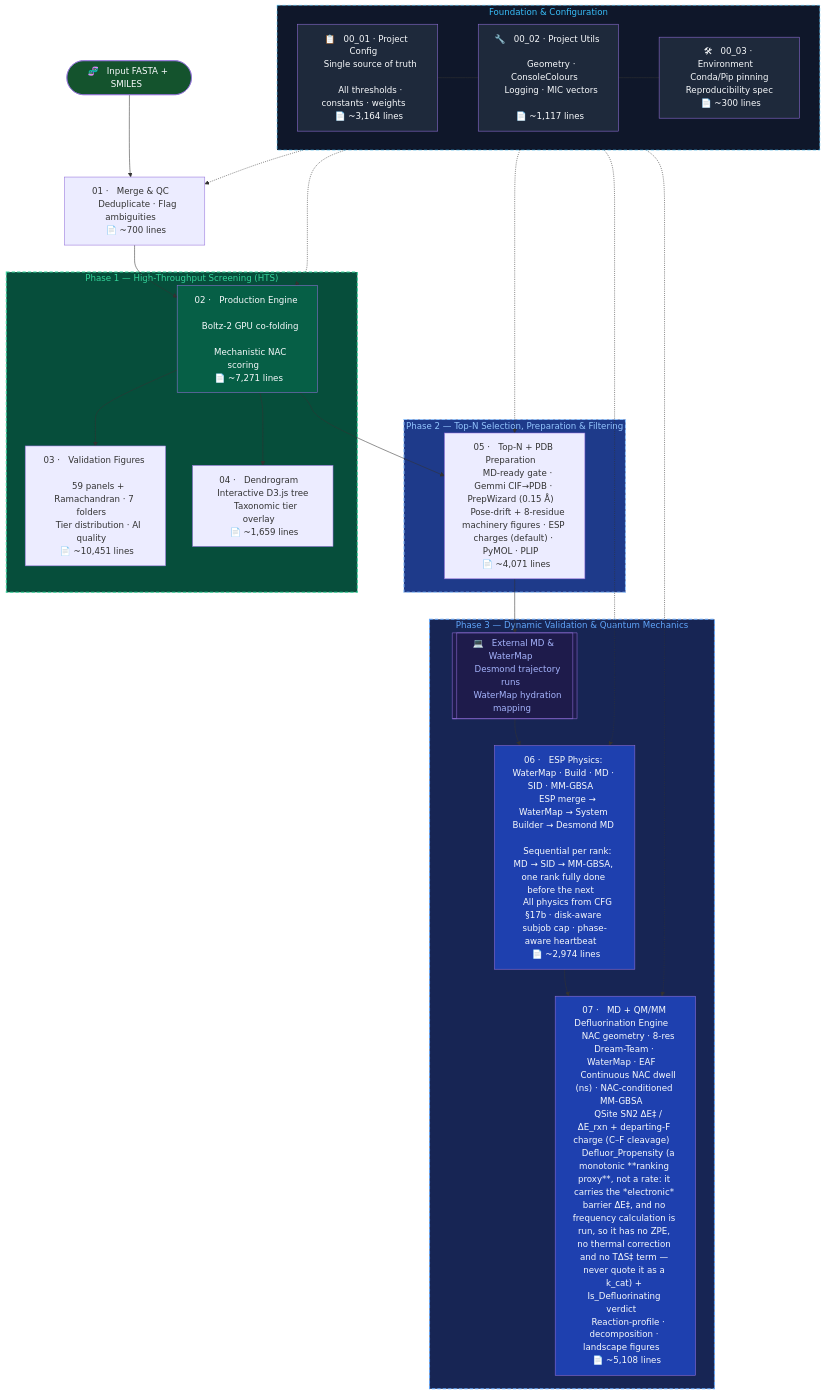
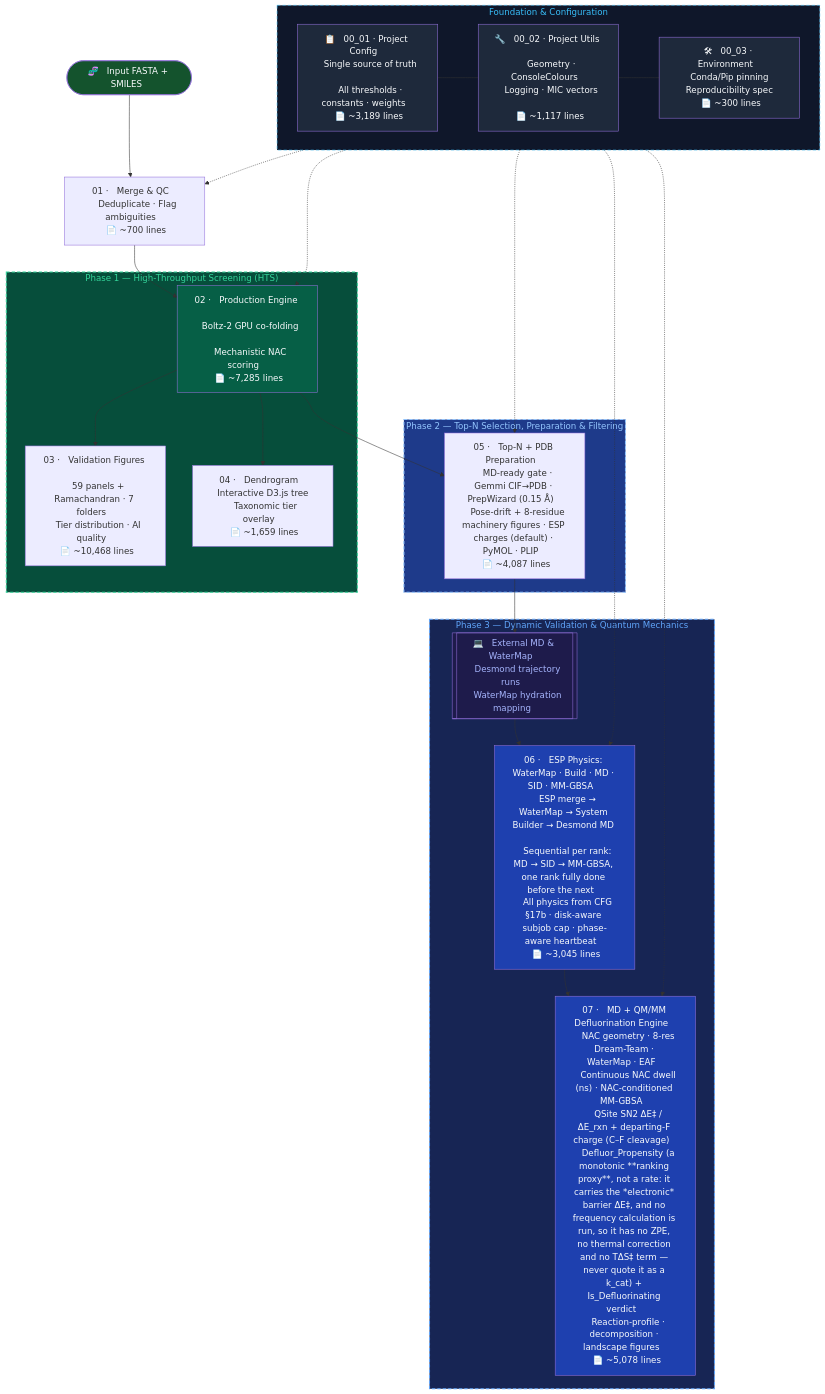
Before and after one commit to KU-MGB/DeFluorX: the diagram in README.md, drawn with Mermaid. The commit also changed other lines of this file, not shown here.

First line of the commit message:
docs: README refresh — Mermaid LOC, real MM-GBSA filename, QSITE_PROCS=10, no step 08, date

````diff
--- a/README.md
+++ b/README.md
@@ -190,56 +190,56 @@
 ```mermaid
 flowchart TD
     subgraph FOUNDATION["  Foundation & Configuration  "]
-        CFG["📋 &nbsp; 00_01 · Project Config &nbsp; \n &nbsp; Single source of truth &nbsp; \n &nbsp; All thresholds · constants · weights &nbsp; \n &nbsp; 📄 ~3,164 lines &nbsp; "]
+        CFG["📋 &nbsp; 00_01 · Project Config &nbsp; \n &nbsp; Single source of truth &nbsp; \n &nbsp; All thresholds · constants · weights &nbsp; \n &nbsp; 📄 ~3,189 lines &nbsp; "]
         UTL["🔧 &nbsp; 00_02 · Project Utils &nbsp; \n &nbsp; Geometry · ConsoleColours &nbsp; \n &nbsp; Logging · MIC vectors &nbsp; \n &nbsp; 📄 ~1,117 lines &nbsp; "]
         ENV["🛠 &nbsp; 00_03 · Environment &nbsp; \n &nbsp; Conda/Pip pinning &nbsp; \n &nbsp; Reproducibility spec &nbsp; \n &nbsp; 📄 ~300 lines &nbsp; "]
         CFG --- UTL --- ENV
     end
 
     START(["🧬 &nbsp; Input FASTA + SMILES &nbsp;"]) --> M1
     M1["01 · &nbsp; Merge & QC &nbsp; \n &nbsp; Deduplicate · Flag ambiguities &nbsp; \n &nbsp; 📄 ~700 lines &nbsp; "] --> M2
 
     subgraph PHASE1["  Phase 1 — High-Throughput Screening (HTS)  "]
-        M2["02 · &nbsp; Production Engine &nbsp; \n &nbsp; Boltz-2 GPU co-folding &nbsp; \n &nbsp; Mechanistic NAC scoring &nbsp; \n &nbsp; 📄 ~7,271 lines &nbsp; "]
-        M3["03 · &nbsp; Validation Figures &nbsp; \n &nbsp; 59 panels + Ramachandran · 7 folders &nbsp; \n &nbsp; Tier distribution · AI quality &nbsp; \n &nbsp; 📄 ~10,451 lines &nbsp; "]
+        M2["02 · &nbsp; Production Engine &nbsp; \n &nbsp; Boltz-2 GPU co-folding &nbsp; \n &nbsp; Mechanistic NAC scoring &nbsp; \n &nbsp; 📄 ~7,285 lines &nbsp; "]
+        M3["03 · &nbsp; Validation Figures &nbsp; \n &nbsp; 59 panels + Ramachandran · 7 folders &nbsp; \n &nbsp; Tier distribution · AI quality &nbsp; \n &nbsp; 📄 ~10,468 lines &nbsp; "]
         M4["04 · &nbsp; Dendrogram &nbsp; \n &nbsp; Interactive D3.js tree &nbsp; \n &nbsp; Taxonomic tier overlay &nbsp; \n &nbsp; 📄 ~1,659 lines &nbsp; "]
         M2 --> M3
         M2 --> M4
     end
 
     M2 --> M5
 
     subgraph PHASE2["  Phase 2 — Top-N Selection, Preparation & Filtering  "]
-        M5["05 · &nbsp; Top-N + PDB Preparation &nbsp; \n &nbsp; MD-ready gate · Gemmi CIF→PDB · PrepWizard (0.15 Å) &nbsp; \n &nbsp; Pose-drift + 8-residue machinery figures · ESP charges (default) · PyMOL · PLIP &nbsp; \n &nbsp; 📄 ~4,071 lines &nbsp; "]
+        M5["05 · &nbsp; Top-N + PDB Preparation &nbsp; \n &nbsp; MD-ready gate · Gemmi CIF→PDB · PrepWizard (0.15 Å) &nbsp; \n &nbsp; Pose-drift + 8-residue machinery figures · ESP charges (default) · PyMOL · PLIP &nbsp; \n &nbsp; 📄 ~4,087 lines &nbsp; "]
     end
 
     M5 --> EXT_MD
 
     subgraph PHASE3["  Phase 3 — Dynamic Validation & Quantum Mechanics  "]
         EXT_MD[["💻 &nbsp; External MD & WaterMap &nbsp; \n &nbsp; Desmond trajectory runs &nbsp; \n &nbsp; WaterMap hydration mapping &nbsp;"]]
-        M6["06 · &nbsp; ESP Physics: WaterMap · Build · MD · SID · MM-GBSA &nbsp; \n &nbsp; ESP merge → WaterMap → System Builder → Desmond MD &nbsp; \n &nbsp; Sequential per rank: MD → SID → MM-GBSA, one rank fully done before the next &nbsp; \n &nbsp; All physics from CFG §17b · disk-aware subjob cap · phase-aware heartbeat &nbsp; \n &nbsp; 📄 ~2,974 lines &nbsp; "]
-        M7["07 · &nbsp; MD + QM/MM Defluorination Engine &nbsp; \n &nbsp; NAC geometry · 8-res Dream-Team · WaterMap · EAF &nbsp; \n &nbsp; Continuous NAC dwell (ns) · NAC-conditioned MM-GBSA &nbsp; \n &nbsp; QSite SN2 ΔE‡ / ΔE_rxn + departing-F charge (C–F cleavage) &nbsp; \n &nbsp; Defluor_Propensity (a monotonic **ranking proxy**, not a rate: it carries the *electronic* barrier ΔE‡, and no frequency calculation is run, so it has no ZPE, no thermal correction and no TΔS‡ term — never quote it as a k_cat) + Is_Defluorinating verdict &nbsp; \n &nbsp; Reaction-profile · decomposition · landscape figures &nbsp; \n &nbsp; 📄 ~5,108 lines &nbsp; "]
+        M6["06 · &nbsp; ESP Physics: WaterMap · Build · MD · SID · MM-GBSA &nbsp; \n &nbsp; ESP merge → WaterMap → System Builder → Desmond MD &nbsp; \n &nbsp; Sequential per rank: MD → SID → MM-GBSA, one rank fully done before the next &nbsp; \n &nbsp; All physics from CFG §17b · disk-aware subjob cap · phase-aware heartbeat &nbsp; \n &nbsp; 📄 ~3,045 lines &nbsp; "]
+        M7["07 · &nbsp; MD + QM/MM Defluorination Engine &nbsp; \n &nbsp; NAC geometry · 8-res Dream-Team · WaterMap · EAF &nbsp; \n &nbsp; Continuous NAC dwell (ns) · NAC-conditioned MM-GBSA &nbsp; \n &nbsp; QSite SN2 ΔE‡ / ΔE_rxn + departing-F charge (C–F cleavage) &nbsp; \n &nbsp; Defluor_Propensity (a monotonic **ranking proxy**, not a rate: it carries the *electronic* barrier ΔE‡, and no frequency calculation is run, so it has no ZPE, no thermal correction and no TΔS‡ term — never quote it as a k_cat) + Is_Defluorinating verdict &nbsp; \n &nbsp; Reaction-profile · decomposition · landscape figures &nbsp; \n &nbsp; 📄 ~5,078 lines &nbsp; "]
         EXT_MD --> M6 --> M7
     end
 
     %% Dependencies
     FOUNDATION -.-> M1
     FOUNDATION -.-> M2
     FOUNDATION -.-> M5
     FOUNDATION -.-> M6
     FOUNDATION -.-> M7
 
     style FOUNDATION fill:#0f172a,color:#38bdf8,stroke:#38bdf8
     style CFG fill:#1e293b,color:#f8fafc
     style UTL fill:#1e293b,color:#f8fafc
     style ENV fill:#1e293b,color:#f8fafc
     style PHASE1 fill:#064e3b,color:#34d399,stroke:#34d399,stroke-width:2px,stroke-dasharray: 6 4
     style PHASE2 fill:#1e3a8a,color:#93c5fd,stroke:#93c5fd,stroke-width:2px,stroke-dasharray: 6 4
     style PHASE3 fill:#172554,color:#60a5fa,stroke:#60a5fa,stroke-width:2px,stroke-dasharray: 6 4
     style FOUNDATION stroke-dasharray: 6 4
     style M2 fill:#065f46,color:#f8fafc
     style M6 fill:#1e40af,color:#f8fafc
     style M7 fill:#1e40af,color:#f8fafc
     style START fill:#14532d,color:#f8fafc
     style EXT_MD fill:#1e1b4b,color:#a5b4fc
 ```
````
